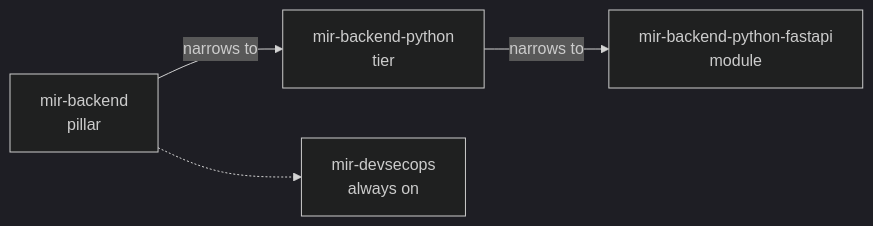
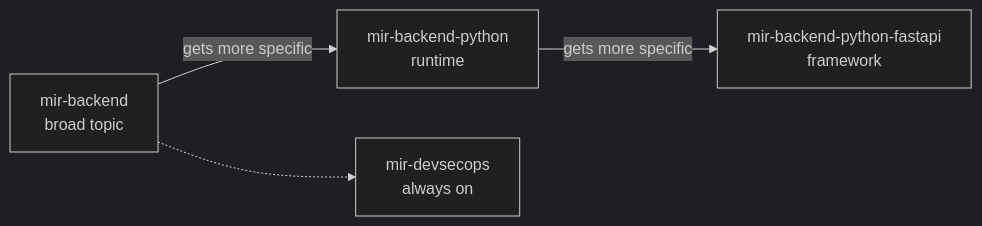
The fourth of 7 diagrams in README.md (anantbhandarkar/make-it-right), drawn with Mermaid (dark theme) before and after one commit. The commit also changed other lines of this file and 2 other files, not shown here.

Commit message:
docs: simplify README for broad audiences

````diff
--- a/README.md
+++ b/README.md
@@ -171,12 +231,12 @@
 ```mermaid
 flowchart LR
-    accTitle: Coarse to fine, worked
-    accDescr: Chain for mir-backend-python-fastapi running from the pillar through the runtime tier to the framework module, plus the always-on security pillar
-    p_mir_backend["mir-backend<br/>pillar"]
-    t_mir_backend_python["mir-backend-python<br/>tier"]
-    m_mir_backend_python_fastapi["mir-backend-python-fastapi<br/>module"]
+    accTitle: A routing example
+    accDescr: Routing example for mir-backend-python-fastapi: broad topic, runtime, framework, plus the security guidance included for every stack
+    p_mir_backend["mir-backend<br/>broad topic"]
+    t_mir_backend_python["mir-backend-python<br/>runtime"]
+    m_mir_backend_python_fastapi["mir-backend-python-fastapi<br/>framework"]
     p_mir_devsecops["mir-devsecops<br/>always on"]
-    p_mir_backend -->|narrows to| t_mir_backend_python
-    t_mir_backend_python -->|narrows to| m_mir_backend_python_fastapi
+    p_mir_backend -->|gets more specific| t_mir_backend_python
+    t_mir_backend_python -->|gets more specific| m_mir_backend_python_fastapi
     p_mir_backend -.-> p_mir_devsecops
 ```
````
